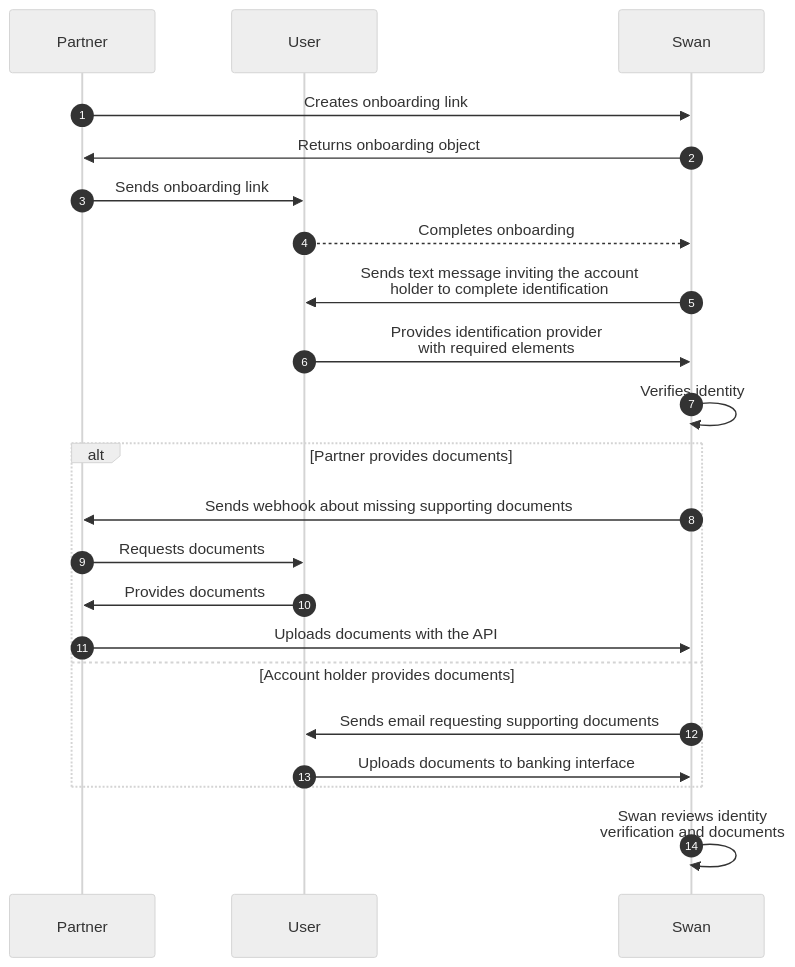
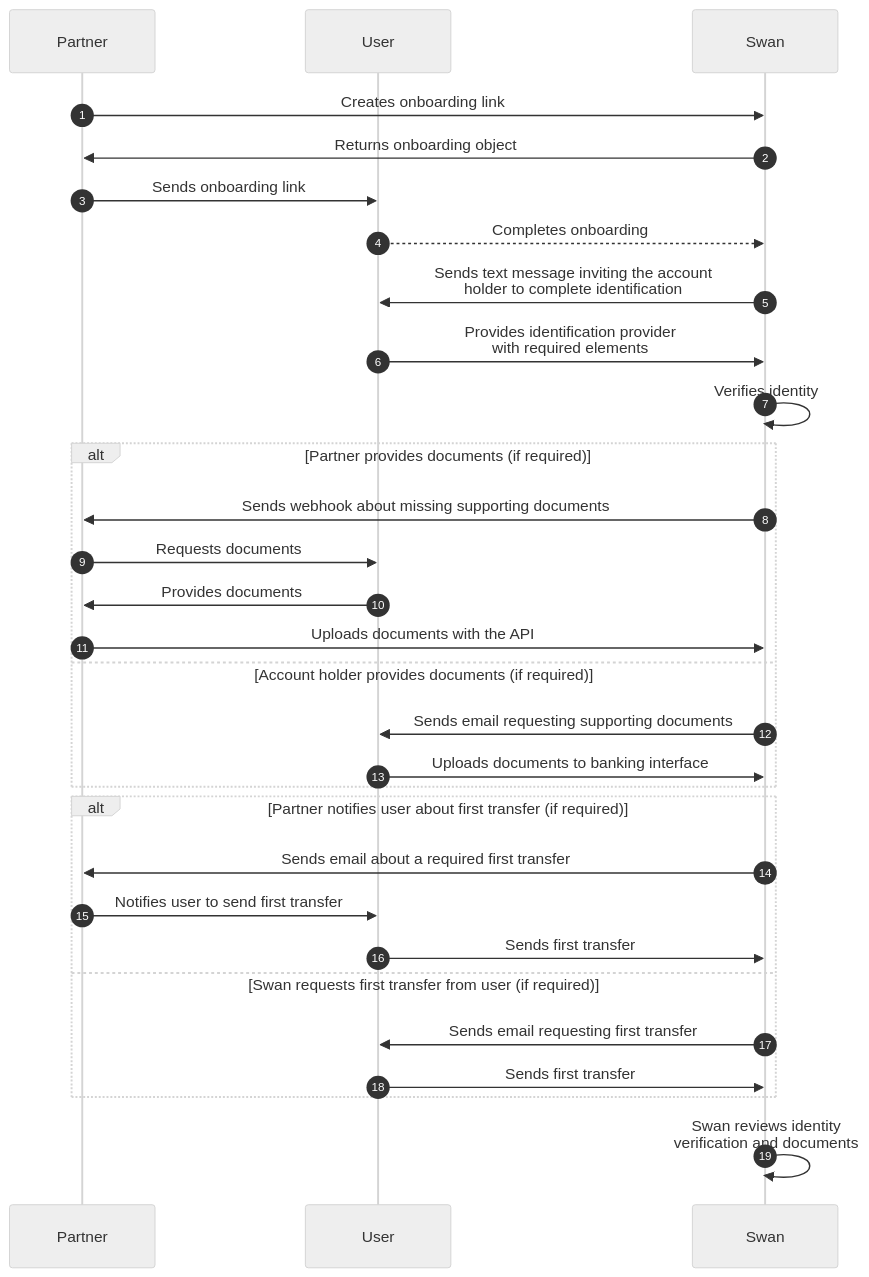
The second of 2 diagrams in docs/topics/onboarding/account-holders/index.mdx (swan-io/docs), drawn with Mermaid (neutral theme) before and after one commit. The commit also changed other lines of this file and 3 other files, not shown here.

Commit message:
DOC-326 add first transfer to account holders

````diff
--- a/docs/topics/onboarding/account-holders/index.mdx
+++ b/docs/topics/onboarding/account-holders/index.mdx
@@ -89,23 +124,31 @@
 ```mermaid
 sequenceDiagram autoNumber
 participant P as Partner
 participant U as User
 participant S as Swan
     P ->> S: Creates onboarding link
     S ->> P: Returns onboarding object
     P ->> U: Sends onboarding link
     U -->> S: Completes onboarding
     S ->> U: Sends text message inviting the account<br/>holder to complete identification
     U ->> S: Provides identification provider<br/>with required elements
     S ->> S: Verifies identity
-    alt Partner provides documents
+    alt Partner provides documents (if required)
         S ->> P: Sends webhook about missing supporting documents
         P ->> U: Requests documents
         U ->> P: Provides documents
         P ->>S: Uploads documents with the API
-    else Account holder provides documents
+    else Account holder provides documents (if required)
         S ->> U: Sends email requesting supporting documents
         U ->> S: Uploads documents to banking interface
     end
+    alt Partner notifies user about first transfer (if required)
+        S ->> P: Sends email about a required first transfer
+        P ->> U: Notifies user to send first transfer
+        U ->> S: Sends first transfer
+    else Swan requests first transfer from user (if required)
+        S ->> U: Sends email requesting first transfer
+        U ->> S: Sends first transfer
+    end
     S ->> S: Swan reviews identity<br/>verification and documents
 ```
````
